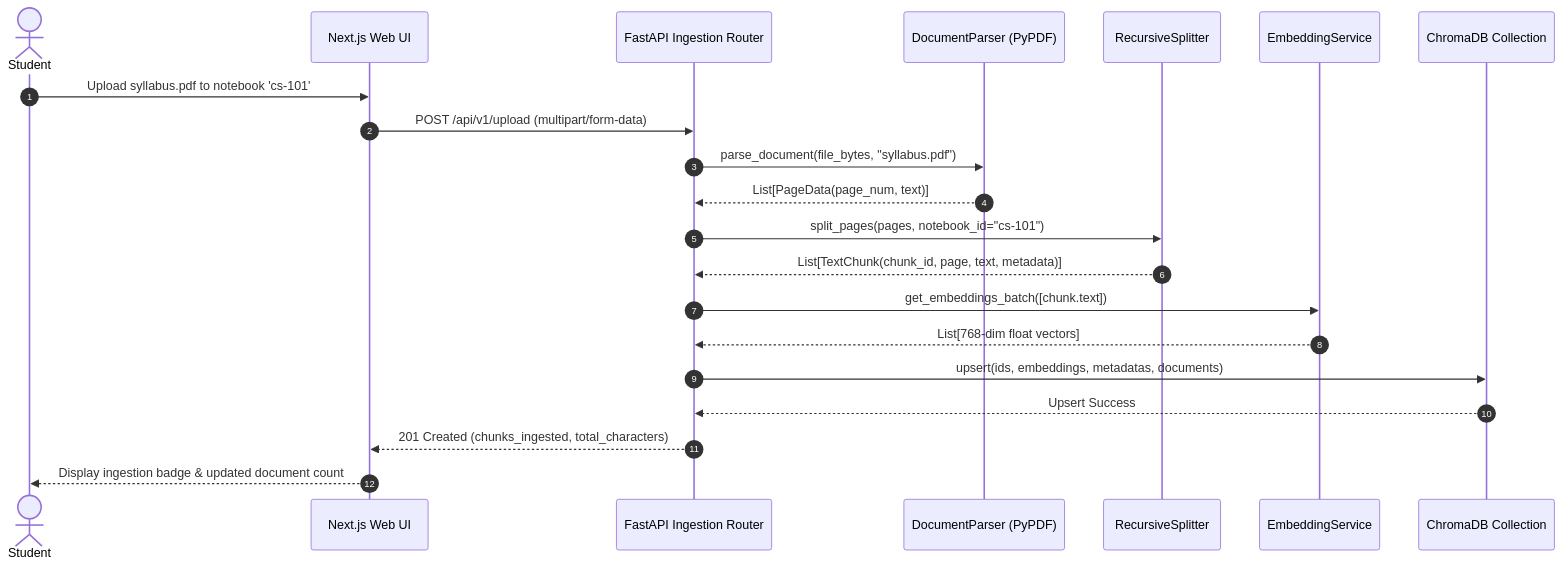
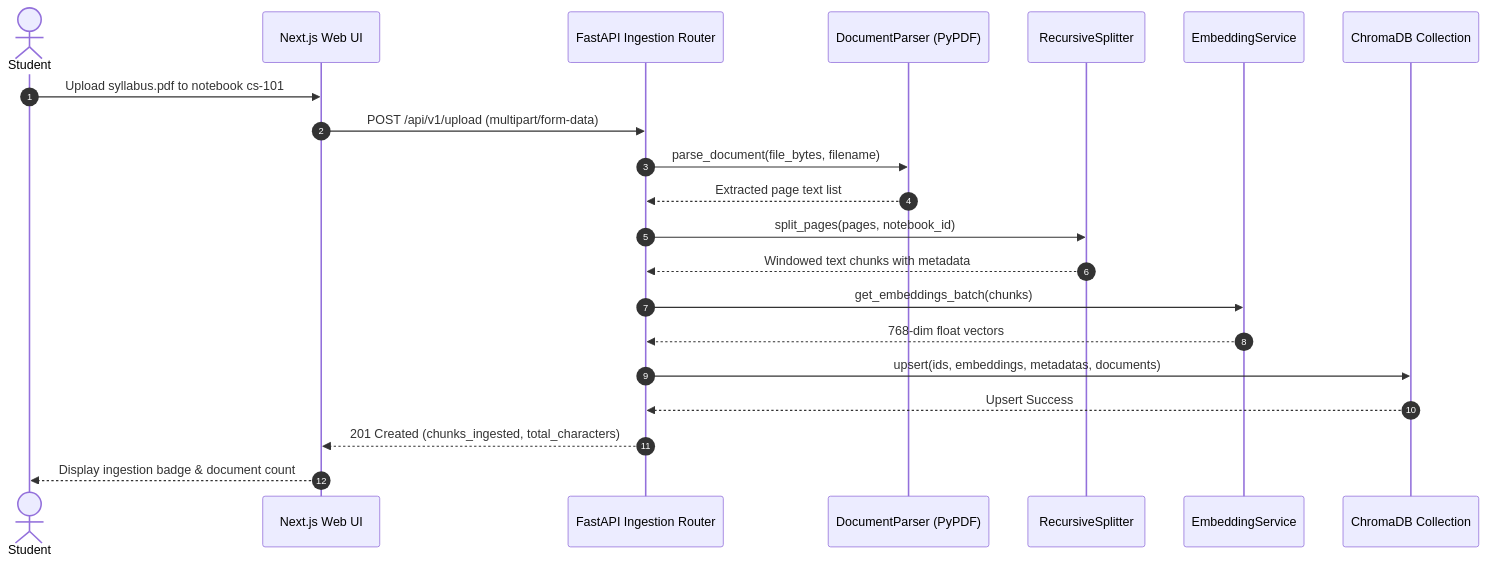
Before and after one commit to shoeb310/StudySync-AI: the second of 3 diagrams in README.md, drawn with Mermaid. The commit also changed other lines of this file, not shown here.

````diff
--- a/README.md
+++ b/README.md
@@ -88,24 +91,24 @@
 ```mermaid
 sequenceDiagram
     autonumber
     actor User as Student
     participant UI as Next.js Web UI
     participant API as FastAPI Ingestion Router
     participant Parser as DocumentParser (PyPDF)
     participant Splitter as RecursiveSplitter
     participant Embed as EmbeddingService
     participant Chroma as ChromaDB Collection
 
-    User->>UI: Upload syllabus.pdf to notebook 'cs-101'
+    User->>UI: Upload syllabus.pdf to notebook cs-101
     UI->>API: POST /api/v1/upload (multipart/form-data)
-    API->>Parser: parse_document(file_bytes, "syllabus.pdf")
-    Parser-->>API: List[PageData(page_num, text)]
-    API->>Splitter: split_pages(pages, notebook_id="cs-101")
-    Splitter-->>API: List[TextChunk(chunk_id, page, text, metadata)]
-    API->>Embed: get_embeddings_batch([chunk.text])
-    Embed-->>API: List[768-dim float vectors]
+    API->>Parser: parse_document(file_bytes, filename)
+    Parser-->>API: Extracted page text list
+    API->>Splitter: split_pages(pages, notebook_id)
+    Splitter-->>API: Windowed text chunks with metadata
+    API->>Embed: get_embeddings_batch(chunks)
+    Embed-->>API: 768-dim float vectors
     API->>Chroma: upsert(ids, embeddings, metadatas, documents)
     Chroma-->>API: Upsert Success
     API-->>UI: 201 Created (chunks_ingested, total_characters)
-    UI-->>User: Display ingestion badge & updated document count
+    UI-->>User: Display ingestion badge & document count
 ```
````
